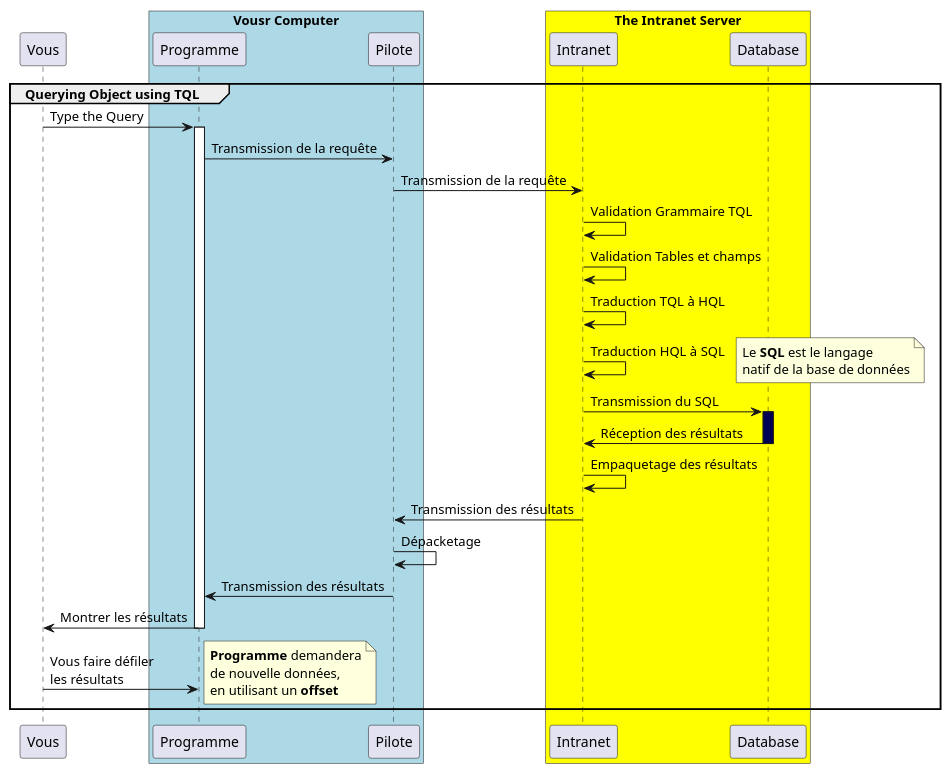
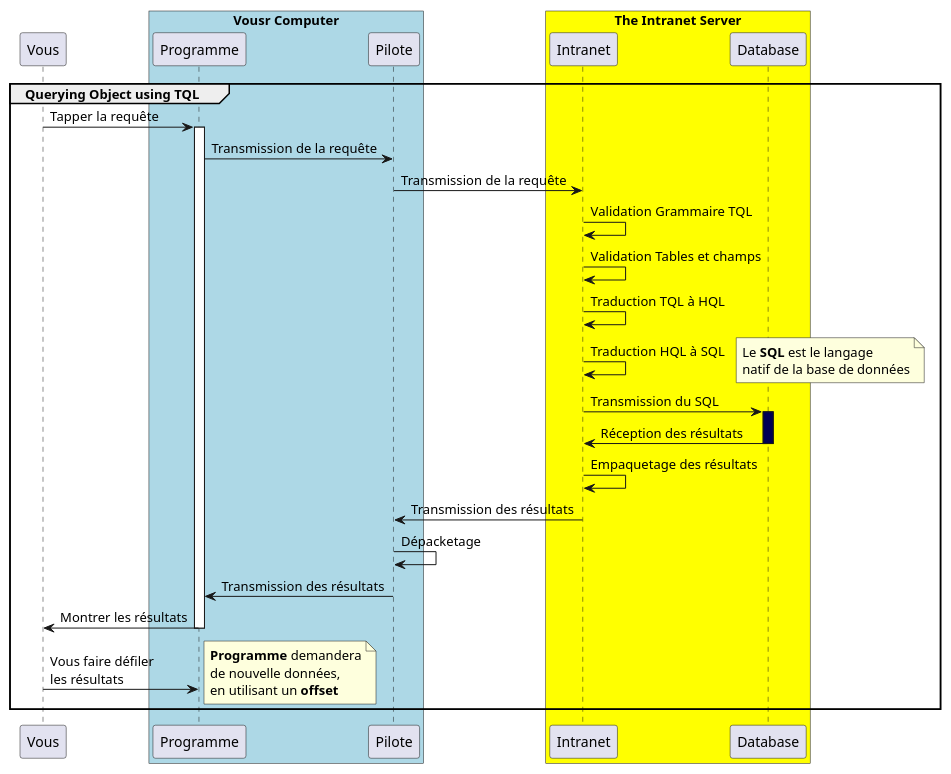
One commit to Taack/taack-website-content changed the diagram in asciidoc/more/JDBC/taack-jdbc-driver-fr.adoc. Above: the diagram before and after it, drawn with PlantUML. The commit also changed other lines of this file and 1 other file, not shown here.

Commit message:
typos, fr translations

```diff
--- a/asciidoc/more/JDBC/taack-jdbc-driver-fr.adoc
+++ b/asciidoc/more/JDBC/taack-jdbc-driver-fr.adoc
@@ -19,45 +19,45 @@
 [plantuml,format="svg",opts="online"]
 ----
 @startuml
 group Querying Object using TQL
-        Vous -> Programme : Type the Query
+        Vous -> Programme : Tapper la requête
         activate Programme
         Programme -> Pilote : Transmission de la requête
         Pilote -> Intranet : Transmission de la requête
         Intranet -> Intranet : Validation Grammaire TQL
         Intranet -> Intranet : Validation Tables et champs
         Intranet -> Intranet : Traduction TQL à HQL
         Intranet -> Intranet : Traduction HQL à SQL
         note right
             Le **SQL** est le langage
             natif de la base de données
         end note
         Intranet -> Database : Transmission du SQL
         activate Database #000055
         Database -> Intranet : Réception des résultats
         deactivate Database
         Intranet -> Intranet : Empaquetage des résultats
         Intranet -> Pilote : Transmission des résultats
         Pilote -> Pilote : Dépacketage
         Pilote -> Programme : Transmission des résultats
         Programme -> Vous : Montrer les résultats
         deactivate Programme
         Vous -> Programme : Vous faire défiler \nles résultats
         note right
             **Programme** demandera
             de nouvelle données,
             en utilisant un **offset**
         end note
 end
 
 box "Vousr Computer" #LightBlue
     participant Programme
     participant Pilote
 end box
 box "The Intranet Server" #Yellow
     participant Intranet
     participant Database
 end box
 
 @enduml
 ----
```
